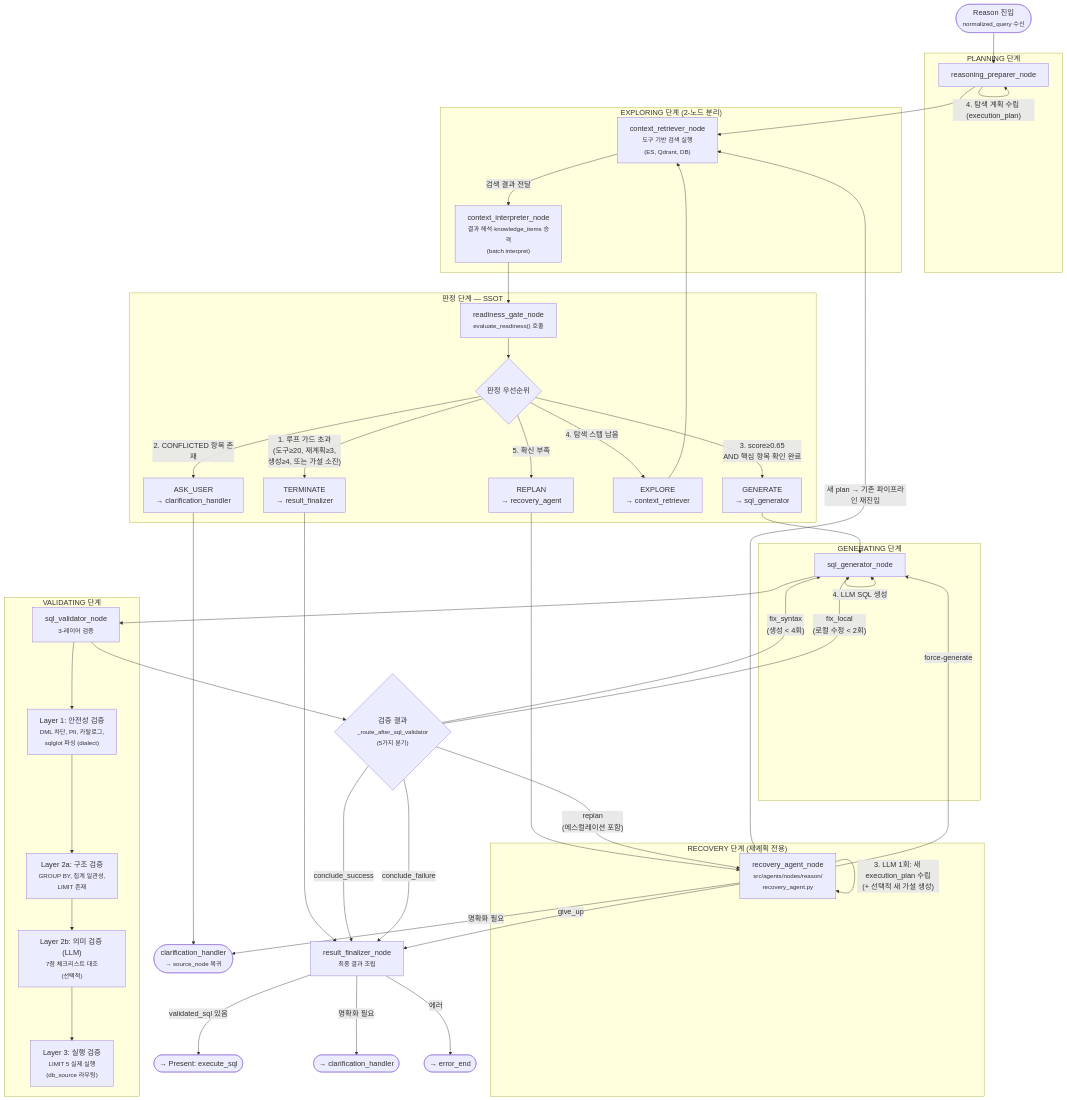
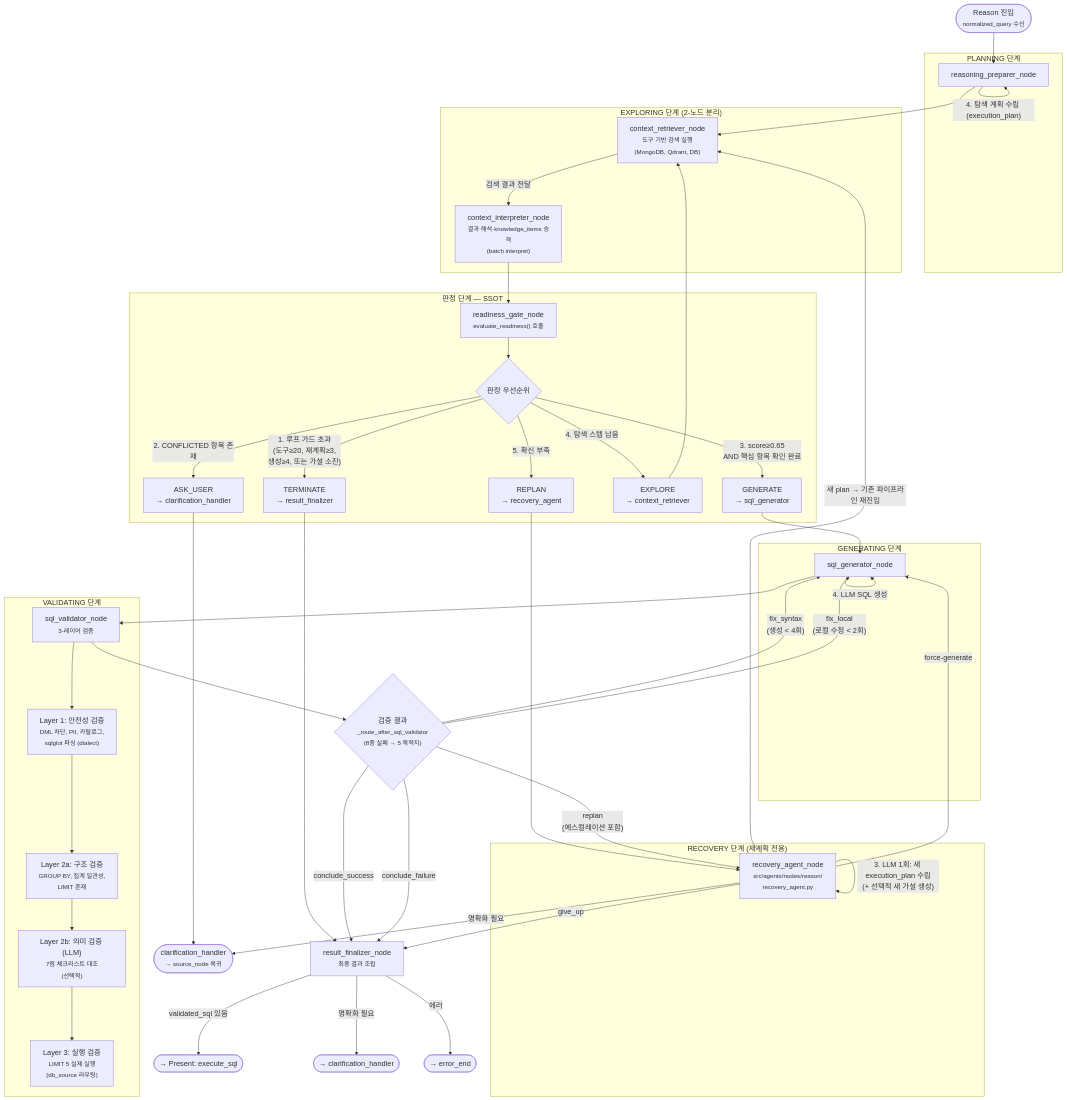
Before and after one commit to cheol-hee-han/data-copilot: the third of 3 diagrams in docs/architecture/pipeline-architecture.md, drawn with Mermaid. The commit also changed other lines of this file and 225 other files, not shown here.

```diff
--- a/docs/architecture/pipeline-architecture.md
+++ b/docs/architecture/pipeline-architecture.md
@@ -258,7 +261,7 @@
     PLAN --> FETCH
 
     subgraph exploring["EXPLORING 단계 (2-노드 분리)"]
-        FETCH["context_retriever_node<br/><small>도구 기반 검색 실행<br/>(ES, Qdrant, DB)</small>"]
+        FETCH["context_retriever_node<br/><small>도구 기반 검색 실행<br/>(MongoDB, Qdrant, DB)</small>"]
         FETCH -->|"검색 결과 전달"| INTERP["context_interpreter_node<br/><small>결과 해석·knowledge_items 승격<br/>(batch interpret)</small>"]
     end
 
@@ -298,7 +301,7 @@
         L2B --> L3["Layer 3: 실행 검증<br/><small>LIMIT 5 실제 실행<br/>(db_source 라우팅)</small>"]
     end
 
-    VAL --> VAL_RESULT{"검증 결과<br/><small>_route_after_sql_validator<br/>(5가지 분기)</small>"}
+    VAL --> VAL_RESULT{"검증 결과<br/><small>_route_after_sql_validator<br/>(8종 실패 → 5 목적지)</small>"}
     VAL_RESULT -->|"conclude_success"| FIN
     VAL_RESULT -->|"fix_syntax<br/>(생성 < 4회)"| GEN
     VAL_RESULT -->|"fix_local<br/>(로컬 수정 < 2회)"| GEN
```
